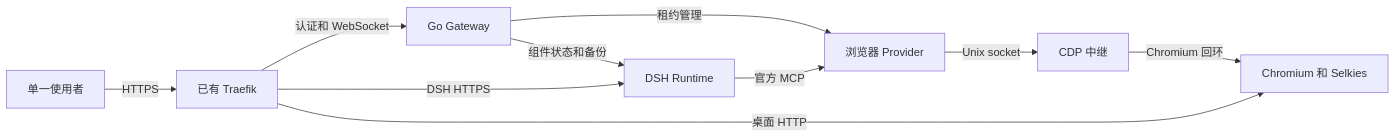
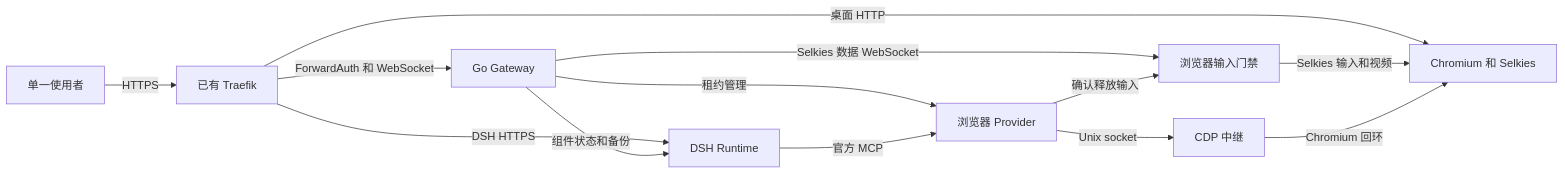
Before and after one commit to sagehou/dsh-workstation: the diagram in docs/ARCHITECTURE.zh-CN.md, drawn with Mermaid. The commit also changed other lines of this file and 17 other files, not shown here.

````diff
--- a/docs/ARCHITECTURE.zh-CN.md
+++ b/docs/ARCHITECTURE.zh-CN.md
@@ -26,12 +29,15 @@
 ```mermaid
 flowchart LR
     Person["单一使用者"] -->|"HTTPS"| Edge["已有 Traefik"]
-    Edge -->|"认证和 WebSocket"| Gateway["Go Gateway"]
+    Edge -->|"ForwardAuth 和 WebSocket"| Gateway["Go Gateway"]
     Edge -->|"DSH HTTPS"| DSH["DSH Runtime"]
     Edge -->|"桌面 HTTP"| Browser["Chromium 和 Selkies"]
     Gateway -->|"租约管理"| Provider["浏览器 Provider"]
     Gateway -->|"组件状态和备份"| DSH
+    Gateway -->|"Selkies 数据 WebSocket"| Gate["浏览器输入门禁"]
+    Gate -->|"Selkies 输入和视频"| Browser
+    Provider -->|"确认释放输入"| Gate
     DSH -->|"官方 MCP"| Provider
     Provider -->|"Unix socket"| Relay["CDP 中继"]
     Relay -->|"Chromium 回环"| Browser
 ```
````
